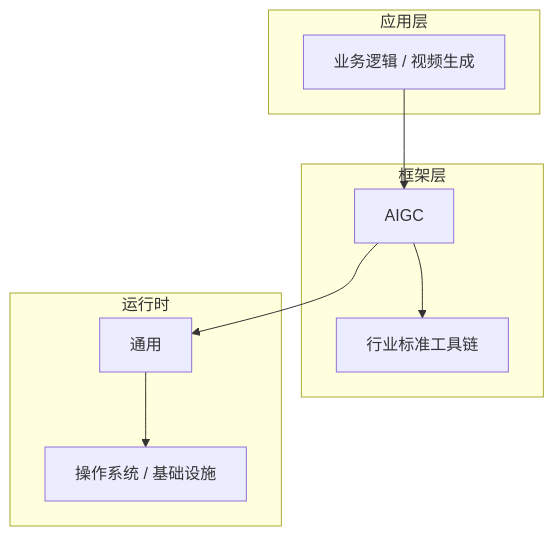
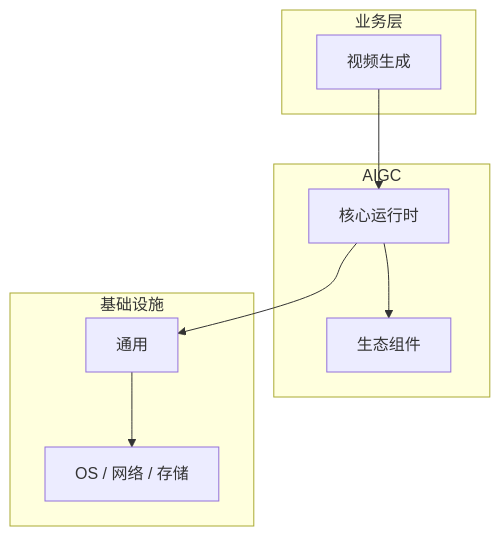
The diagram in articles/AIGC/chapters/043-视频生成核心概念与原理.md (yanggan2015/knowledge-json-v2), drawn with Mermaid before and after one commit. The commit also changed other lines of this file and 10127 other files, not shown here.

````diff
--- a/articles/AIGC/chapters/043-视频生成核心概念与原理.md
+++ b/articles/AIGC/chapters/043-视频生成核心概念与原理.md
@@ -45,18 +30,18 @@
 ```mermaid
 graph TB
-    subgraph 应用层
-        A[业务逻辑 / 视频生成]
+    subgraph 业务层
+        A[视频生成]
     end
-    subgraph 框架层
-        B[AIGC]
-        C[行业标准工具链]
+    subgraph AIGC
+        B[核心运行时]
+        C[生态组件]
     end
-    subgraph 运行时
+    subgraph 基础设施
         D[通用]
-        E[操作系统 / 基础设施]
+        E[OS / 网络 / 存储]
     end
     A --> B
     B --> C
     B --> D
     D --> E
 ```
````
